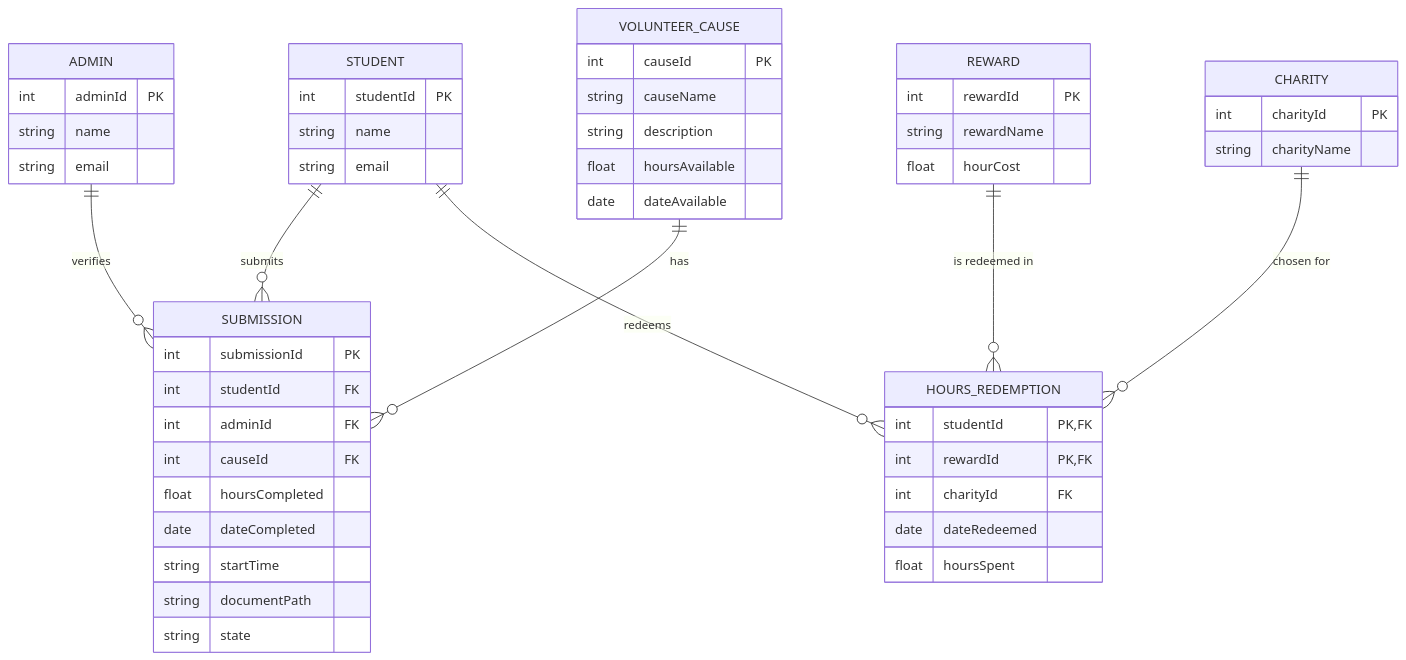
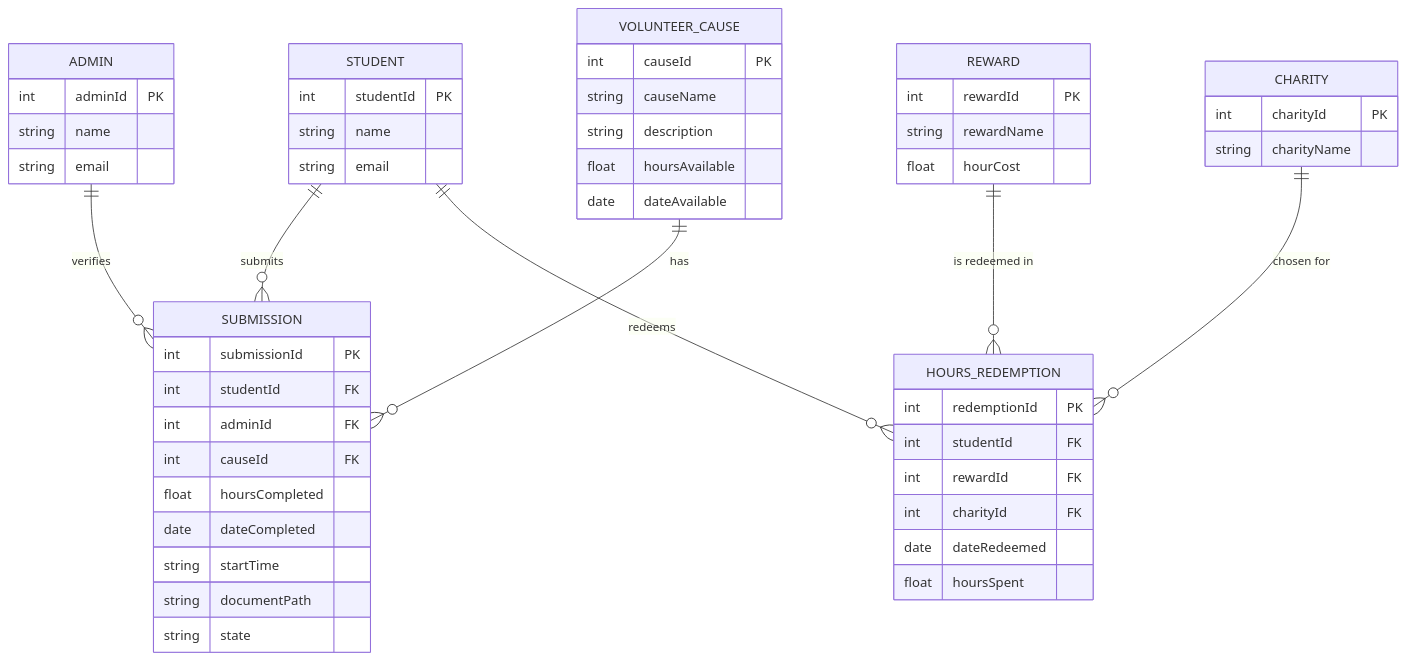
Before and after one commit to MicahM101/comp3613a1-main: the diagram in comp3613a1-main/docs/report.md, drawn with Mermaid. The commit also changed other lines of this file and 26 other files, not shown here.

````diff
--- a/comp3613a1-main/docs/report.md
+++ b/comp3613a1-main/docs/report.md
@@ -35,54 +35,55 @@
 ```mermaid
 erDiagram
   STUDENT ||--o{ SUBMISSION : submits
   ADMIN ||--o{ SUBMISSION : verifies
   VOLUNTEER_CAUSE ||--o{ SUBMISSION : "has"
   STUDENT ||--o{ HOURS_REDEMPTION : redeems
   REWARD ||--o{ HOURS_REDEMPTION : "is redeemed in"
   CHARITY ||--o{ HOURS_REDEMPTION : "chosen for"
 
   STUDENT {
     int studentId PK
     string name
     string email
   }
   ADMIN {
     int adminId PK
     string name
     string email
   }
   SUBMISSION {
     int submissionId PK
     int studentId FK
     int adminId FK
     int causeId FK
     float hoursCompleted
     date dateCompleted
     string startTime
     string documentPath
     string state
   }
   VOLUNTEER_CAUSE {
     int causeId PK
     string causeName
     string description
     float hoursAvailable
     date dateAvailable
   }
   REWARD {
     int rewardId PK
     string rewardName
     float hourCost
   }
   CHARITY {
     int charityId PK
     string charityName
   }
   HOURS_REDEMPTION {
-    int studentId PK, FK
-    int rewardId PK, FK
+    int redemptionId PK
+    int studentId FK
+    int rewardId FK
     int charityId FK
     date dateRedeemed
     float hoursSpent
   }
 ```
````
